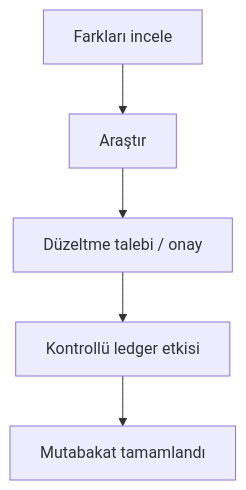
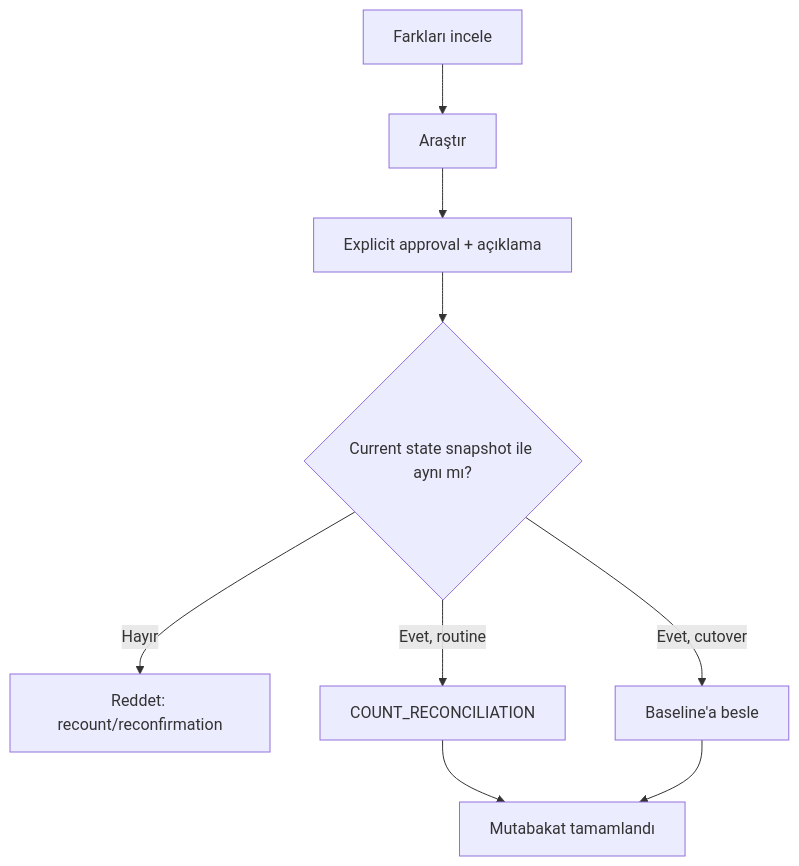
One commit to ataberksifil/tezcan-envanter changed the fifth of 6 diagrams in docs/04-USER-FLOWS.md. Above: the diagram before and after it, drawn with Mermaid. The commit also changed other lines of this file and 7 other files, not shown here.

Commit message:
docs: decide physical count and baseline policy

````diff
--- a/docs/04-USER-FLOWS.md
+++ b/docs/04-USER-FLOWS.md
@@ -905,7 +914,11 @@
 ```mermaid
 flowchart TD
     Review["Farkları incele"] --> Investigate["Araştır"]
-    Investigate --> Correct["Düzeltme talebi / onay"]
-    Correct --> Ledger["Kontrollü ledger etkisi"]
+    Investigate --> Approve["Explicit approval + açıklama"]
+    Approve --> Drift{"Current state snapshot ile aynı mı?"}
+    Drift -->|Hayır| Recount["Reddet: recount/reconfirmation"]
+    Drift -->|Evet, routine| Ledger["COUNT_RECONCILIATION"]
+    Drift -->|Evet, cutover| Baseline["Baseline'a besle"]
     Ledger --> Reconciled["Mutabakat tamamlandı"]
+    Baseline --> Reconciled
 ```
````
